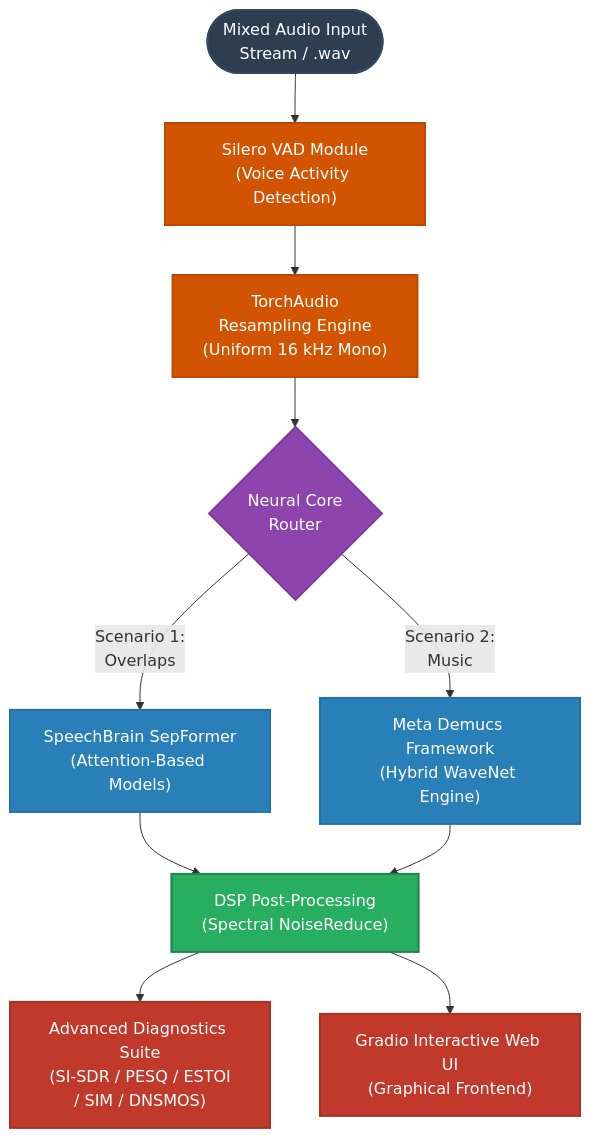
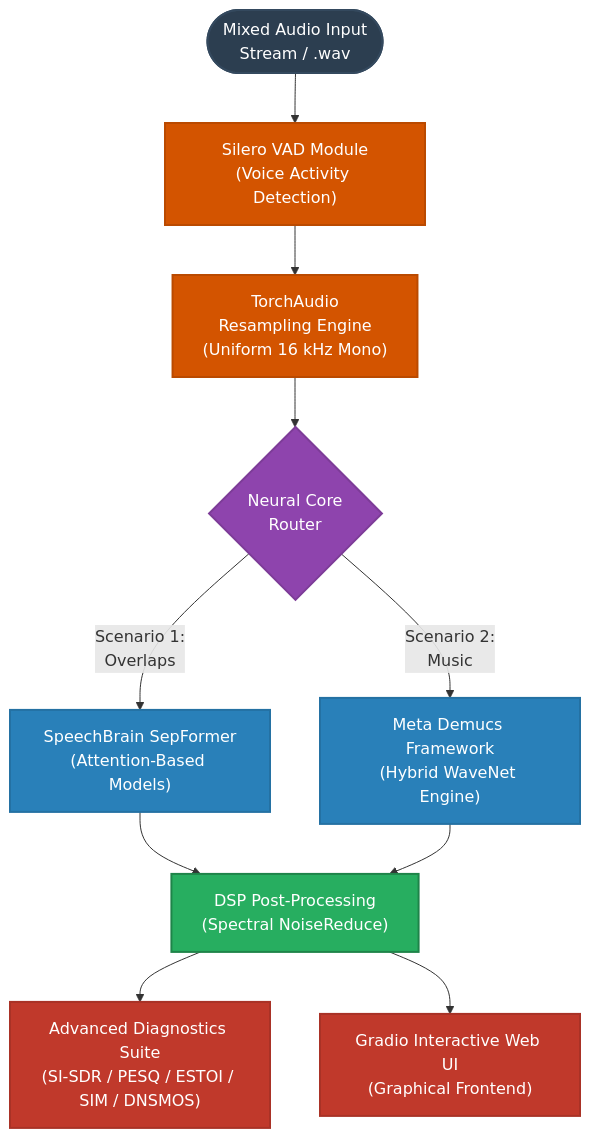
One commit to gavmada26/overlapped-speech-separation changed the diagram in README.md. Above: the diagram before and after it, drawn with Mermaid. The commit also changed other lines of this file, not shown here.

````diff
--- a/README.md
+++ b/README.md
@@ -26,28 +26,27 @@
 ```mermaid
 graph TD
     %% Define Node Colors and Styles
     classDef inputNode fill:#2c3e50,stroke:#34495e,stroke-width:2px,color:#fff;
     classDef preprocNode fill:#d35400,stroke:#ba4a00,stroke-width:2px,color:#fff;
     classDef routerNode fill:#8e44ad,stroke:#7d3c98,stroke-width:2px,color:#fff;
     classDef modelNode fill:#2980b9,stroke:#2471a3,stroke-width:2px,color:#fff;
     classDef dspNode fill:#27ae60,stroke:#1e8449,stroke-width:2px,color:#fff;
     classDef outputNode fill:#c0392b,stroke:#a93226,stroke-width:2px,color:#fff;
 
     %% Audio Input Layer
     Input(["Mixed Audio Input<br/>Stream / .wav"]):::inputNode --> VADNode["Silero VAD Module<br/>(Voice Activity Detection)"]:::preprocNode
     VADNode --> ResampleNode["TorchAudio <br/>Resampling Engine<br/>(Uniform 16 kHz Mono)"]:::preprocNode
     ResampleNode --> CoreSelector{"Neural Core<br/>Router"}:::routerNode
     
     %% Deep Learning Core Chains
     CoreSelector -- "Scenario 1:<br/>Overlaps" --> SepFormer["SpeechBrain SepFormer<br/>(Attention-Based Models)"]:::modelNode
     CoreSelector -- "Scenario 2:<br/>Music" --> Demucs["Meta Demucs Framework<br/>(Hybrid WaveNet Engine)"]:::modelNode
     
     %% Post-Processing Layer
     SepFormer --> DSPEnhance["DSP Post-Processing<br/>(Spectral NoiseReduce)"]:::dspNode
     Demucs --> DSPEnhance
     
     %% Targets / Analytics
-    DSPEnhance --> Metrics["Advanced Diagnostics Suite<br/>(SI-SDR / PESQ / ESTOI
-/ SIM / DNSMOS)"]:::outputNode
+    DSPEnhance --> Metrics["Advanced Diagnostics Suite<br/>(SI-SDR / PESQ / ESTOI / SIM / DNSMOS)"]:::outputNode
     DSPEnhance --> Interface["Gradio Interactive Web UI<br/>(Graphical Frontend)"]:::outputNode
 ```
````
